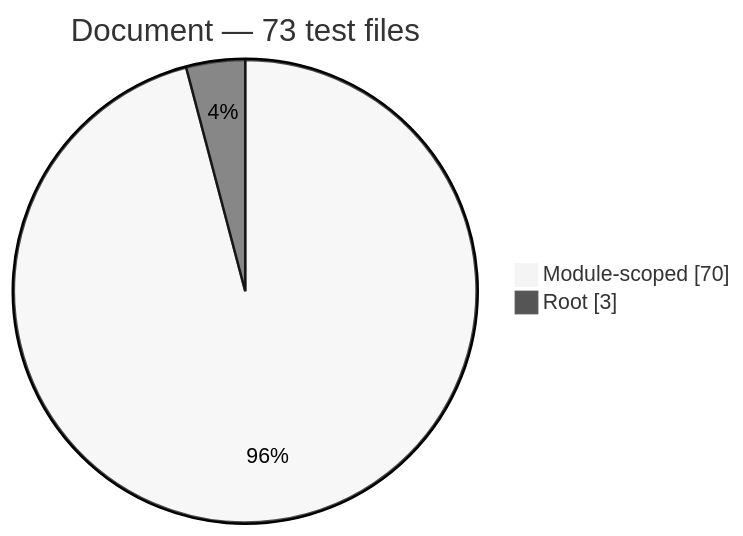
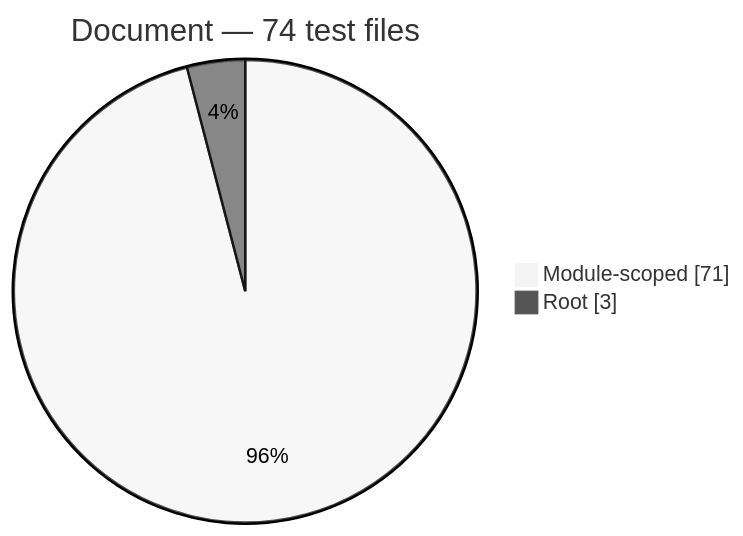
Before and after one commit to Mohammed-Alama/php-arazzo: the fourth of 9 diagrams in docs/generated/test-composition.md, drawn with Mermaid (neutral theme). The commit also changed other lines of this file and 14 other files, not shown here.

````diff
--- a/docs/generated/test-composition.md
+++ b/docs/generated/test-composition.md
@@ -56,6 +56,6 @@
 ```mermaid
 pie showData
-    title Document — 73 test files
-    "Module-scoped": 70
+    title Document — 74 test files
+    "Module-scoped": 71
     "Root": 3
 ```
````
